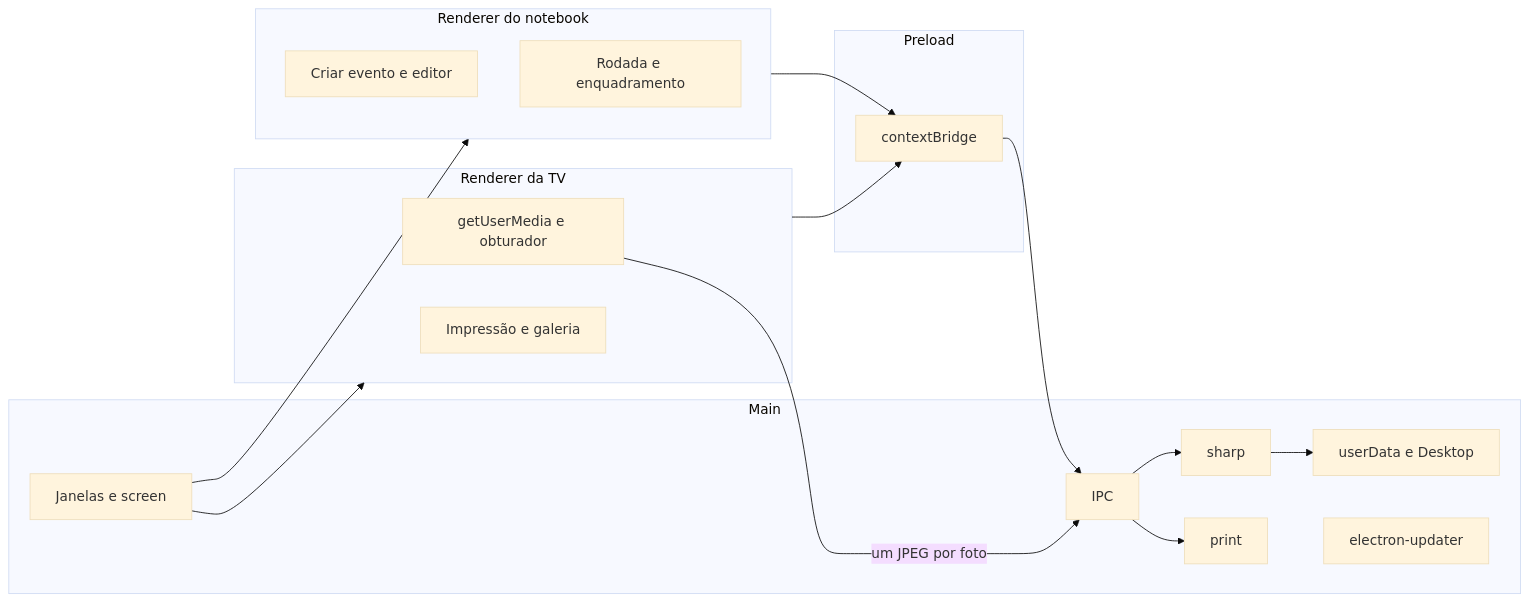
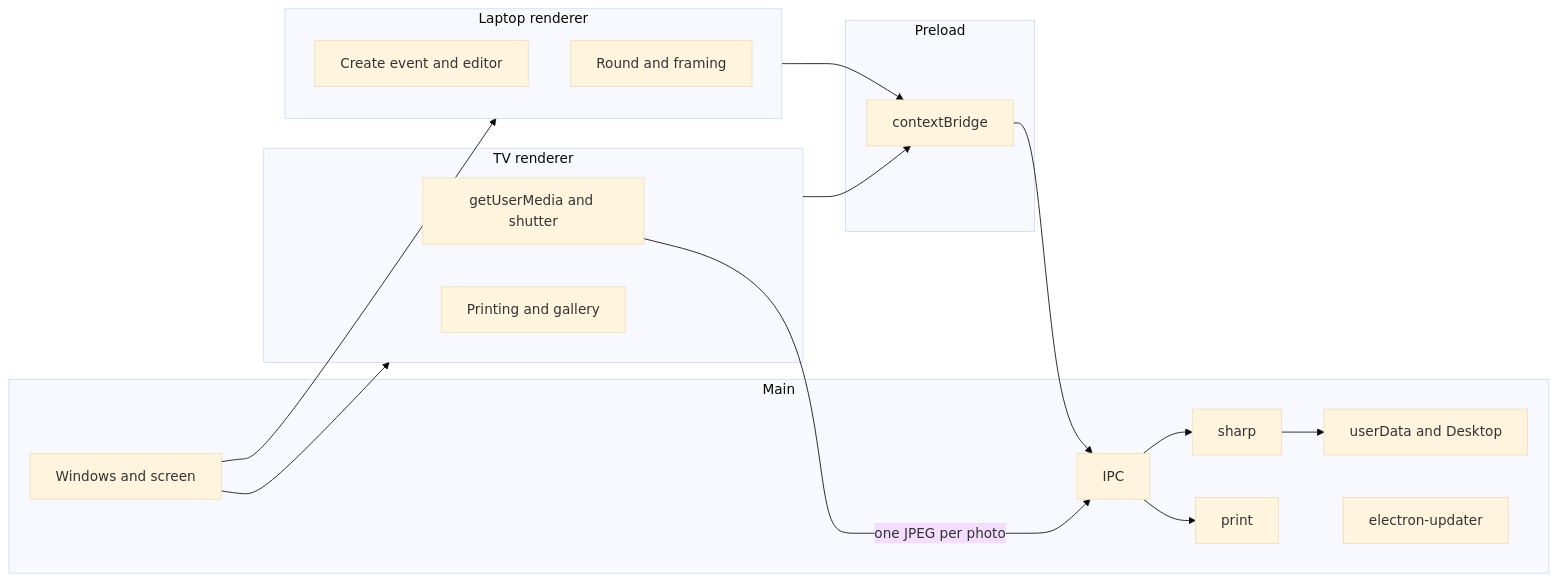
The diagram in docs/DESIGN.md (ovinidev/PhotoMagic), drawn with Mermaid (base theme) before and after one commit. The commit also changed other lines of this file and 3 other files, not shown here.

````diff
--- a/docs/DESIGN.md
+++ b/docs/DESIGN.md
@@ -27,31 +29,31 @@
 ```mermaid
 flowchart LR
   subgraph main [Main]
-    Win[Janelas e screen]
+    Win[Windows and screen]
     Ipc[IPC]
-    Disk[userData e Desktop]
+    Disk[userData and Desktop]
     Comp[sharp]
     Prn[print]
     Up[electron-updater]
   end
   subgraph pre [Preload]
     Bridge[contextBridge]
   end
-  subgraph op [Renderer do notebook]
-    Home[Criar evento e editor]
-    Round[Rodada e enquadramento]
+  subgraph op [Laptop renderer]
+    Home[Create event and editor]
+    Round[Round and framing]
   end
-  subgraph tv [Renderer da TV]
-    Cam[getUserMedia e obturador]
-    PrintUI[Impressão e galeria]
+  subgraph tv [TV renderer]
+    Cam[getUserMedia and shutter]
+    PrintUI[Printing and gallery]
   end
   op --> Bridge
   tv --> Bridge
   Bridge --> Ipc
-  Cam -->|um JPEG por foto| Ipc
+  Cam -->|one JPEG per photo| Ipc
   Ipc --> Comp
   Comp --> Disk
   Ipc --> Prn
   Win --> op
   Win --> tv
 ```
````
